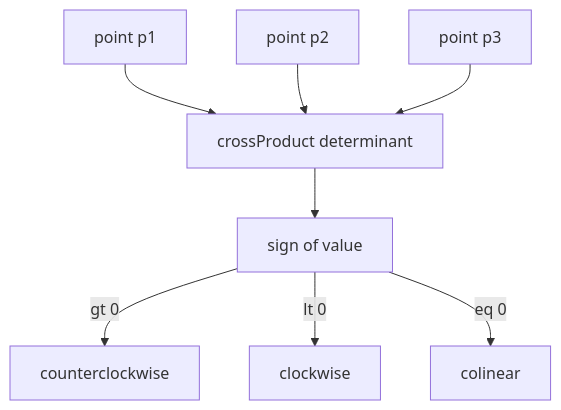
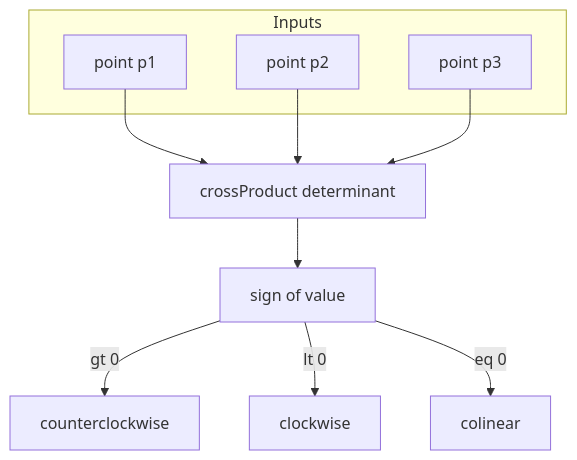
Before and after one commit to Gh0st352/AETHR: the first of 5 diagrams in docs/math/orientation.md, drawn with Mermaid. The commit also changed other lines of this file and 5 other files, not shown here.

First line of the commit message:
docs: normalize headings and enhance Mermaid diagrams in math README

````diff
--- a/docs/math/orientation.md
+++ b/docs/math/orientation.md
@@ -22,10 +22,20 @@
 ```mermaid
+%% shared theme: docs/_mermaid/theme.json %%
 flowchart TD
-  P1[point p1] --> DET[crossProduct determinant]
-  P2[point p2] --> DET
-  P3[point p3] --> DET
+  subgraph "Inputs"
+    P1[point p1]
+    P2[point p2]
+    P3[point p3]
+  end
+  P1 --> DET[crossProduct determinant]
+  P2 --> DET
+  P3 --> DET
   DET --> SIGN[sign of value]
   SIGN -->|gt 0| CCW[counterclockwise]
   SIGN -->|lt 0| CW[clockwise]
   SIGN -->|eq 0| COL[colinear]
+  class P1,P2,P3 class_io;
+  class DET class_compute;
+  class SIGN class_decision;
+  class CCW,CW,COL class_result;
 ```
````
